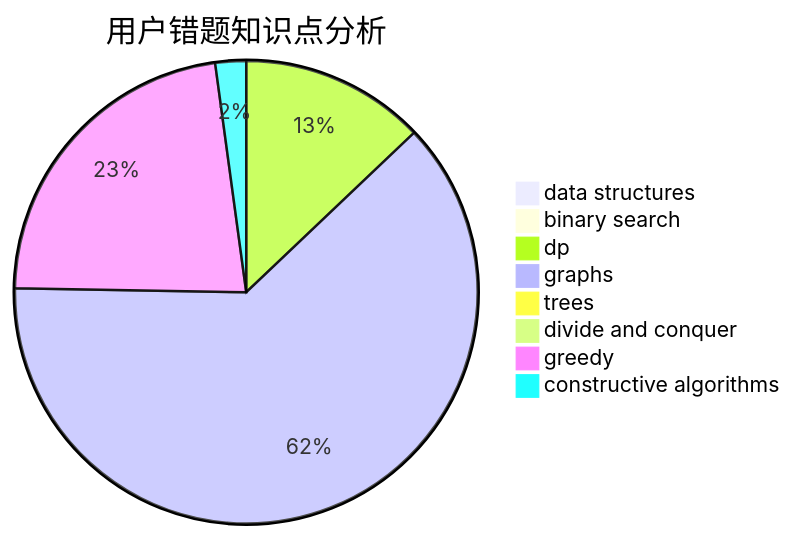
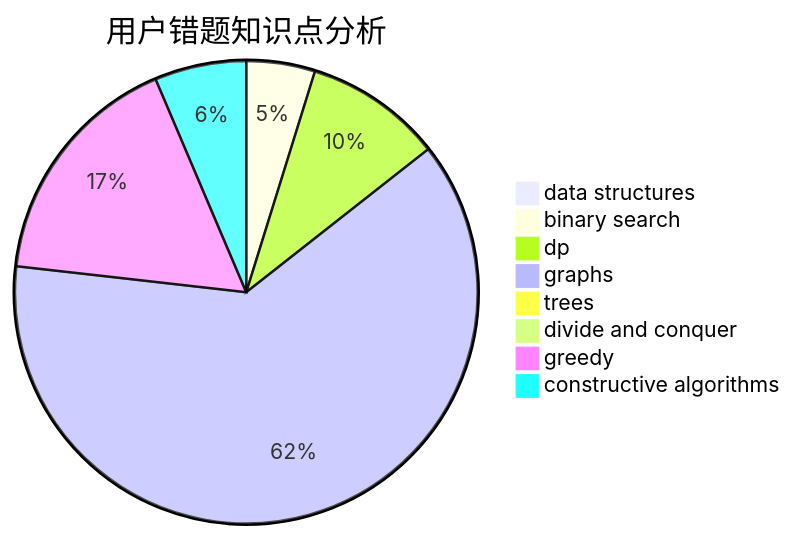
One commit to sherpahu/cfrs.github.io changed the third of 3 diagrams in docs/user/u576.md. Above: the diagram before and after it, drawn with Mermaid. The commit also changed other lines of this file and 2770 other files, not shown here.

````diff
--- a/docs/user/u576.md
+++ b/docs/user/u576.md
@@ -36,11 +36,11 @@
 ```mermaid
 pie title 用户错题知识点分析
     "data structures" :  0
-    "binary search" :  0
+    "binary search" :  6
     "dp" :  12
-    "graphs" :  58
+    "graphs" :  78
     "trees" :  0
     "divide and conquer" :  0
     "greedy" :  21
-    "constructive algorithms" :  2
+    "constructive algorithms" :  8
 ```
````
